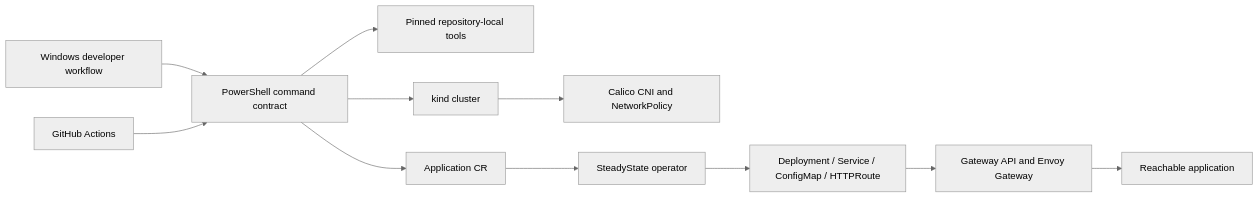
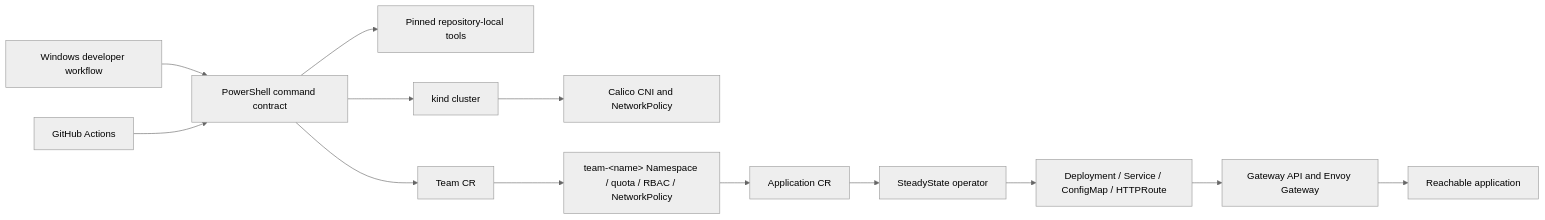
One commit to saadabdullaah/steadystate changed the diagram in README.md. Above: the diagram before and after it, drawn with Mermaid (neutral theme). The commit also changed other lines of this file and 21 other files, not shown here.

Commit message:
feat: enforce application team tenancy (#13)

````diff
--- a/README.md
+++ b/README.md
@@ -11,13 +11,15 @@
 ```mermaid
 flowchart LR
     Dev["Windows developer workflow"] --> PS["PowerShell command contract"]
     PS --> Tools["Pinned repository-local tools"]
     PS --> Kind["kind cluster"]
     Kind --> Calico["Calico CNI and NetworkPolicy"]
-    PS --> CR["Application CR"]
+    PS --> Team["Team CR"]
+    Team --> Boundary["team-&lt;name&gt; Namespace / quota / RBAC / NetworkPolicy"]
+    Boundary --> CR["Application CR"]
     CR --> Operator["SteadyState operator"]
     Operator --> Children["Deployment / Service / ConfigMap / HTTPRoute"]
     Children --> Gateway["Gateway API and Envoy Gateway"]
     Gateway --> App["Reachable application"]
     CI["GitHub Actions"] --> PS
 ```
````
